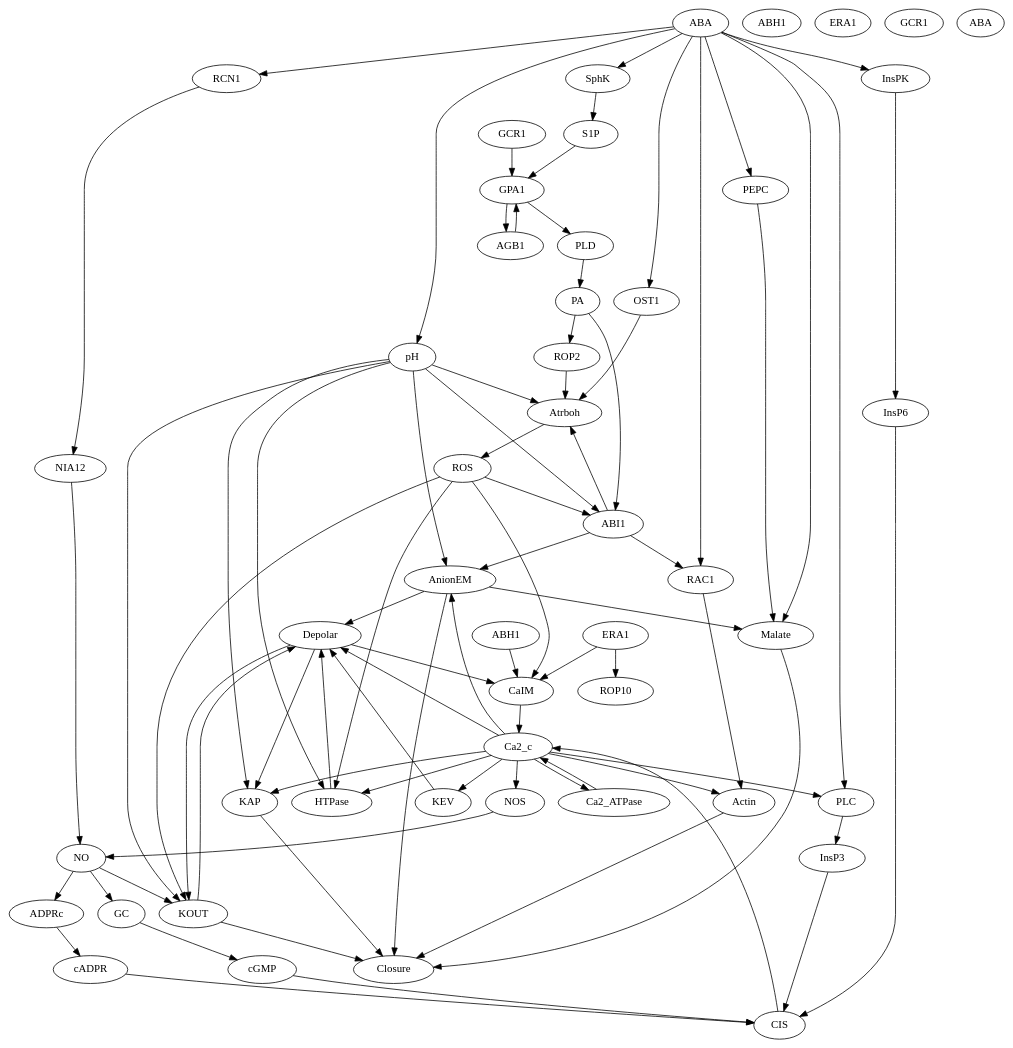
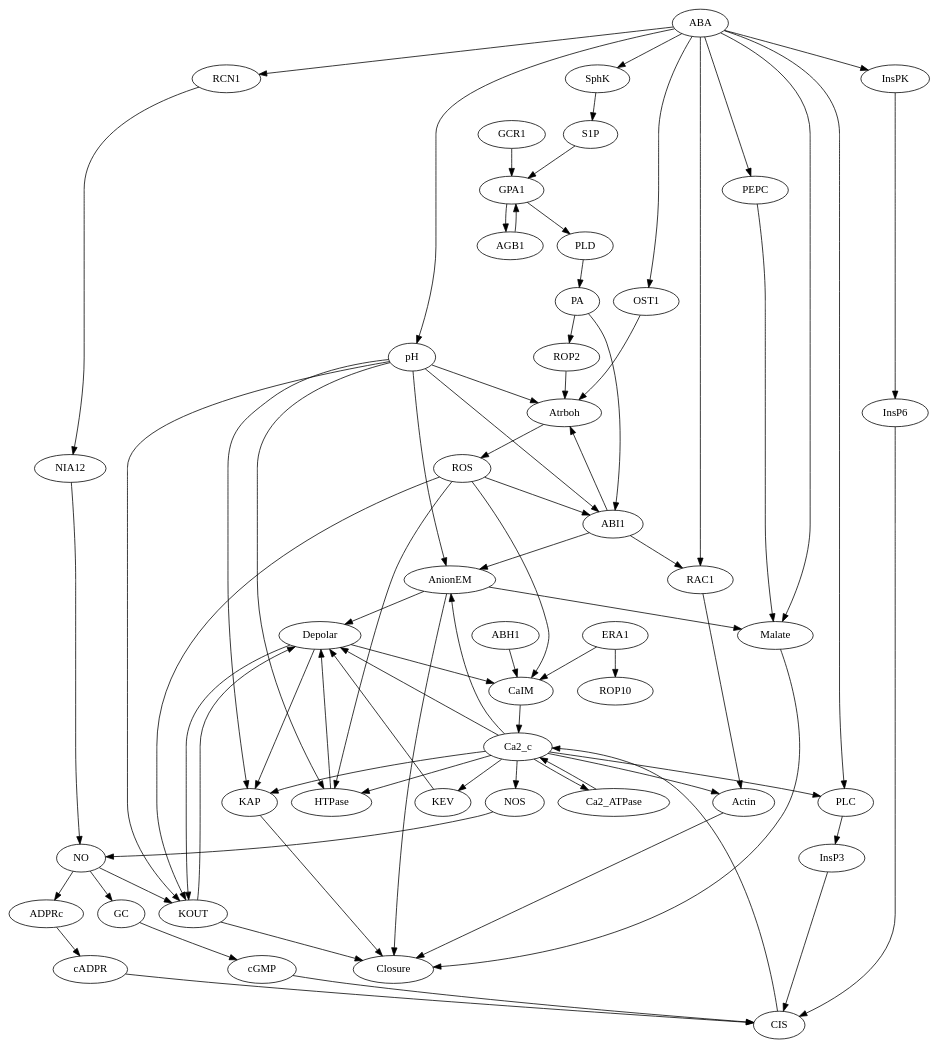
One commit to Olavo-B/mapping_grn changed the diagram in benchmarks/grn_DOT/Guard Cell Abscisic Acid Signaling.dot. Above: the diagram before and after it, drawn with Graphviz. The commit also changed 62 other files, not shown here.

```diff
--- a/benchmarks/grn_DOT/Guard Cell Abscisic Acid Signaling.dot
+++ b/benchmarks/grn_DOT/Guard Cell Abscisic Acid Signaling.dot
@@ -1,128 +1,124 @@
 strict digraph  {
 " Atrboh " [equation="  (  ( OST1 && (  (  ( pH && ROP2 )  )  )  ) && ! ( ABI1  )  ) "];
 " Malate " [equation="  (  (  ( PEPC  ) && ! ( ABA  )  ) && ! ( AnionEM  )  ) "];
 " Ca2_ATPase " [equation="  ( Ca2_c ) "];
 " SphK " [equation="  ( ABA ) "];
 " GPA1 " [equation="  (  ( AGB1  ) && ! ( GCR1  )  )  || ( S1P && (  (  ( AGB1 )  )  ) ) "];
 " ABI1 " [equation="  (  (  ( pH  ) && ! ( ROS  )  ) && ! ( PA  )  ) "];
 " Ca2_c " [equation="  (  ( CIS  ) && ! ( Ca2_ATPase  )  )  || (  ( CaIM  ) && ! ( Ca2_ATPase  )  ) "];
 " pH " [equation="  ( ABA ) "];
 " NOS " [equation="  ( Ca2_c ) "];
 " AnionEM " [equation="  ( pH && (  (  ( ! ABI1 )  )  || (  ( Ca2_c )  )  ) )  || ( Ca2_c && (  (  ( pH )  )  || (  ( ! ABI1 )  )  ) ) "];
 " CIS " [equation="  ( InsP3 && (  (  ( InsP6 )  )  ) )  || ( cGMP && (  (  ( cADPR )  )  ) ) "];
 " ADPRc " [equation="  ( NO ) "];
 " RCN1 " [equation="  ( ABA ) "];
 " PEPC " [equation="  ! (  ( ABA )  ) "];
 " Closure " [equation="  (  ( KOUT && (  (  ( Actin )  )  && (  ( AnionEM )  )  )  ) && ! ( Malate  )  )  || (  ( KAP && (  (  ( Actin )  )  && (  ( AnionEM )  )  )  ) && ! ( Malate  )  ) "];
 " InsPK " [equation="  ( ABA ) "];
 " ROP10 " [equation="  ( ERA1 ) "];
 " ROS " [equation="  ( Atrboh ) "];
 " AGB1 " [equation="  ( GPA1 ) "];
 " NIA12 " [equation="  ( RCN1 ) "];
 " Depolar " [equation="  (  ( KOUT && (  (  ( ! AnionEM && ! Ca2_c && ! KEV && ! HTPase )  )  ) )  || ( Ca2_c )  || ( HTPase && (  (  ( ! AnionEM && ! Ca2_c && ! KOUT && ! KEV )  )  ) )  || ( KEV )  || ( AnionEM )  ) || ! ( AnionEM || Ca2_c || KOUT || KEV || HTPase ) "];
 " Actin " [equation="  (  ( Ca2_c )  ) || ! ( Ca2_c || RAC1 ) "];
 " KEV " [equation="  ( Ca2_c ) "];
 " cGMP " [equation="  ( GC ) "];
 " RAC1 " [equation="  ! (  ( ABA )  || ( ABI1 )  ) "];
 " OST1 " [equation="  ( ABA ) "];
 " KAP " [equation="  (  ( Depolar  ) && ! ( Ca2_c && (  (  ( pH )  )  )  )  ) "];
 " ROP2 " [equation="  ( PA ) "];
 " PLC " [equation="  ( ABA && (  (  ( Ca2_c )  )  ) ) "];
 " S1P " [equation="  ( SphK ) "];
 " HTPase " [equation="  ! (  ( pH )  || ( Ca2_c )  || ( ROS )  ) "];
 " GC " [equation="  ( NO ) "];
 " InsP6 " [equation="  ( InsPK ) "];
 " cADPR " [equation="  ( ADPRc ) "];
 " KOUT " [equation="  ( pH && (  (  ( Depolar )  )  ) )  || (  ( Depolar  ) && ! ( ROS && (  (  ( NO )  )  )  )  ) "];
 " PA " [equation="  ( PLD ) "];
 " CaIM " [equation="  (  (  ( ABH1 && (  (  ( ! ERA1 )  )  )  ) && ! ( Depolar  )  )  || (  ( ERA1 && (  (  ( ! ABH1 )  )  )  ) && ! ( Depolar  )  )  || (  ( ROS  ) && ! ( Depolar  )  )  ) || ! ( ERA1 || ROS || Depolar || ABH1 ) "];
 " InsP3 " [equation="  ( PLC ) "];
 " NO " [equation="  ( NOS && (  (  ( NIA12 )  )  ) ) "];
 " PLD " [equation="  ( GPA1 ) "];
-ABH1;
-ERA1;
-GCR1;
-ABA;
 " ABA ";
 " GCR1 ";
 " ERA1 ";
 " ABH1 ";
 " Atrboh " -> " ROS ";
 " Malate " -> " Closure ";
 " Ca2_ATPase " -> " Ca2_c ";
 " SphK " -> " S1P ";
 " GPA1 " -> " AGB1 ";
 " GPA1 " -> " PLD ";
 " ABI1 " -> " Atrboh ";
 " ABI1 " -> " AnionEM ";
 " ABI1 " -> " RAC1 ";
 " Ca2_c " -> " Ca2_ATPase ";
 " Ca2_c " -> " NOS ";
 " Ca2_c " -> " AnionEM ";
 " Ca2_c " -> " Depolar ";
 " Ca2_c " -> " Actin ";
 " Ca2_c " -> " KEV ";
 " Ca2_c " -> " KAP ";
 " Ca2_c " -> " PLC ";
 " Ca2_c " -> " HTPase ";
 " pH " -> " Atrboh ";
 " pH " -> " ABI1 ";
 " pH " -> " AnionEM ";
 " pH " -> " KAP ";
 " pH " -> " HTPase ";
 " pH " -> " KOUT ";
 " NOS " -> " NO ";
 " AnionEM " -> " Malate ";
 " AnionEM " -> " Closure ";
 " AnionEM " -> " Depolar ";
 " CIS " -> " Ca2_c ";
 " ADPRc " -> " cADPR ";
 " RCN1 " -> " NIA12 ";
 " PEPC " -> " Malate ";
 " InsPK " -> " InsP6 ";
 " ROS " -> " ABI1 ";
 " ROS " -> " HTPase ";
 " ROS " -> " KOUT ";
 " ROS " -> " CaIM ";
 " AGB1 " -> " GPA1 ";
 " NIA12 " -> " NO ";
 " Depolar " -> " KAP ";
 " Depolar " -> " KOUT ";
 " Depolar " -> " CaIM ";
 " Actin " -> " Closure ";
 " KEV " -> " Depolar ";
 " cGMP " -> " CIS ";
 " RAC1 " -> " Actin ";
 " OST1 " -> " Atrboh ";
 " KAP " -> " Closure ";
 " ROP2 " -> " Atrboh ";
 " PLC " -> " InsP3 ";
 " S1P " -> " GPA1 ";
 " HTPase " -> " Depolar ";
 " GC " -> " cGMP ";
 " InsP6 " -> " CIS ";
 " cADPR " -> " CIS ";
 " KOUT " -> " Closure ";
 " KOUT " -> " Depolar ";
 " PA " -> " ABI1 ";
 " PA " -> " ROP2 ";
 " CaIM " -> " Ca2_c ";
 " InsP3 " -> " CIS ";
 " NO " -> " ADPRc ";
 " NO " -> " GC ";
 " NO " -> " KOUT ";
 " PLD " -> " PA ";
 " ABA " -> " Malate ";
 " ABA " -> " SphK ";
 " ABA " -> " pH ";
 " ABA " -> " RCN1 ";
 " ABA " -> " PEPC ";
 " ABA " -> " InsPK ";
 " ABA " -> " RAC1 ";
 " ABA " -> " OST1 ";
 " ABA " -> " PLC ";
 " GCR1 " -> " GPA1 ";
 " ERA1 " -> " ROP10 ";
 " ERA1 " -> " CaIM ";
 " ABH1 " -> " CaIM ";
 }
```
